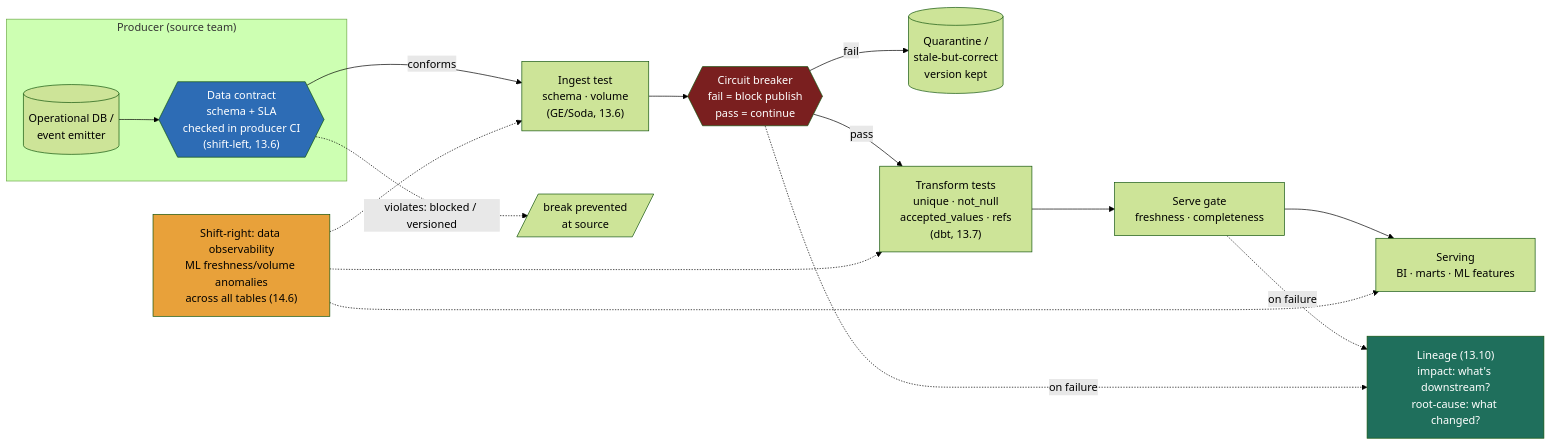
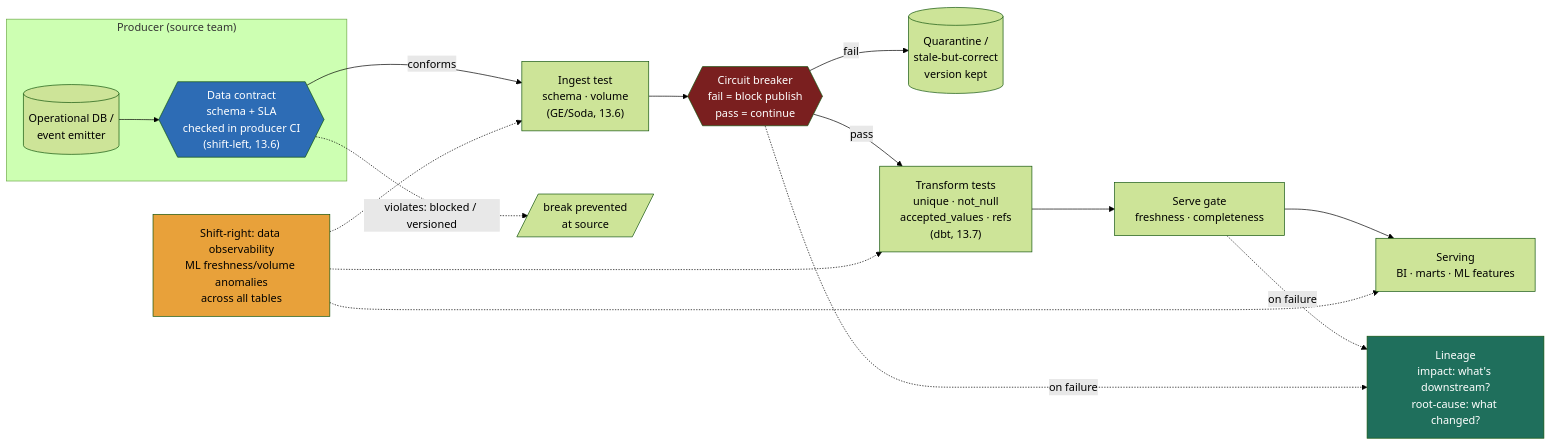
The diagram in src/content/docs/module-13/lesson-13-9.md (hkrathore/sysdesign-course), drawn with Mermaid (forest theme) before and after one commit. The commit also changed other lines of this file and 146 other files, not shown here.

````diff
--- a/src/content/docs/module-13/lesson-13-9.md
+++ b/src/content/docs/module-13/lesson-13-9.md
@@ -70,32 +70,32 @@
 ```mermaid
 flowchart LR
     subgraph PROD["Producer (source team)"]
       SRC[("Operational DB /<br/>event emitter")]
       CONTRACT{{"Data contract<br/>schema + SLA<br/>checked in producer CI<br/>(shift-left, 13.6)"}}
       SRC --> CONTRACT
     end
 
     CONTRACT -->|conforms| INGEST["Ingest test<br/>schema · volume<br/>(GE/Soda, 13.6)"]
     CONTRACT -.->|violates: blocked / versioned| BREAK1[/"break prevented<br/>at source"/]
 
     INGEST --> CB{{"Circuit breaker<br/>fail = block publish<br/>pass = continue"}}
     CB -->|fail| QUAR[("Quarantine /<br/>stale-but-correct<br/>version kept")]
     CB -->|pass| TRANSFORM["Transform tests<br/>unique · not_null<br/>accepted_values · refs<br/>(dbt, 13.7)"]
 
     TRANSFORM --> SERVETEST["Serve gate<br/>freshness · completeness"]
     SERVETEST --> SERVE["Serving<br/>BI · marts · ML features"]
 
-    OBS["Shift-right: data observability<br/>ML freshness/volume anomalies<br/>across all tables (14.6)"]
+    OBS["Shift-right: data observability<br/>ML freshness/volume anomalies<br/>across all tables"]
     OBS -.-> INGEST
     OBS -.-> TRANSFORM
     OBS -.-> SERVE
 
-    LIN["Lineage (13.10)<br/>impact: what's downstream?<br/>root-cause: what changed?"]
+    LIN["Lineage<br/>impact: what's downstream?<br/>root-cause: what changed?"]
     SERVETEST -.->|on failure| LIN
     CB -.->|on failure| LIN
 
     style CONTRACT fill:#2d6cb5,color:#fff
     style CB fill:#7a1f1f,color:#fff
     style OBS fill:#e8a13a,color:#000
     style LIN fill:#1f6f5c,color:#fff
 ```
````
